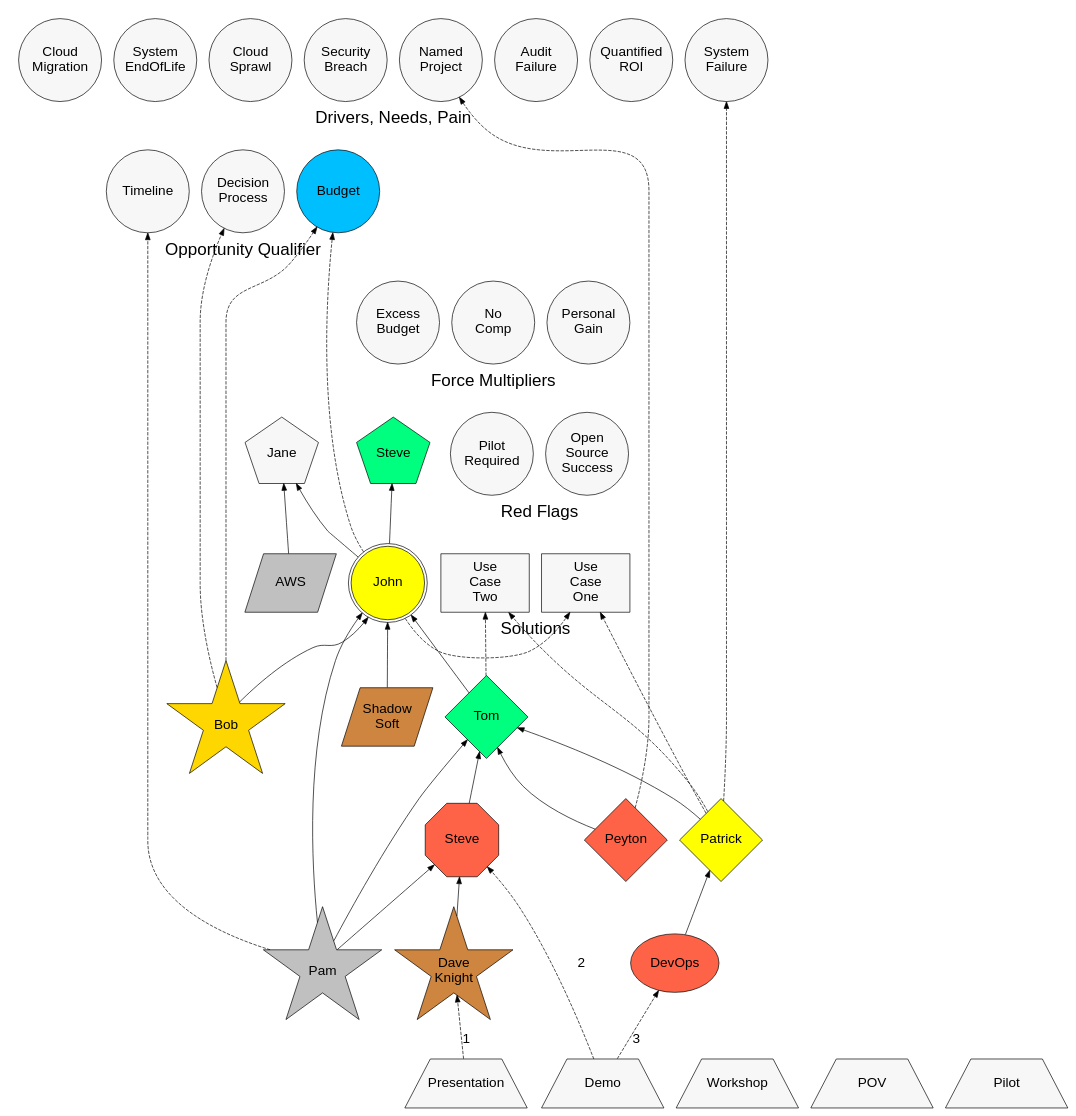
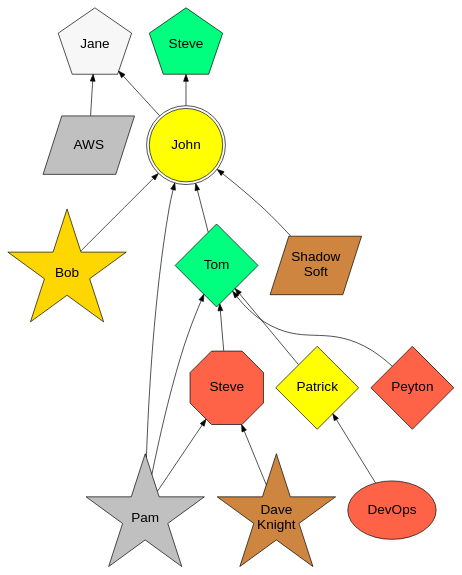
The diagram in example.dot (joshuaNjordan85/SouthStrategicOps), drawn with Graphviz before and after one commit.

Commit message:
This is the organization map only example

```diff
--- a/example.dot
+++ b/example.dot
@@ -137,6 +137,8 @@
 AWS [label="AWS", fillcolor=silver]
 ShadowSoft [label="Shadow\nSoft", fillcolor=peru]
 
+/* 
+
 //
 // Solutions 
 //
@@ -227,6 +229,9 @@
   {rank=same "NamedProject" "AuditFailure" "SystemFailure" "SecurityBreach" "CloudSprawl" "SystemEndOfLife" "CloudMigration"}
 }
 
+*/
+
+/*
 
 //
 // SE Activities 
@@ -244,6 +249,7 @@
   {rank=same Presentation Demo Workshop POV Pilot} 
 }
 
+*/
  
 //
 // Rank Configuration
@@ -253,6 +259,7 @@
 
 edge [style=invis]
 
+/*
 // Rank 1 - Drivers/Needs/Pains
 Budget -> NamedProject
 // Rank 2 - Opportunity Requirements
@@ -262,8 +269,13 @@
 // Rank 4 - Red flags
 UseCase1 -> OSS
 // Rank 5 - Solutions
+*/
+
+/*
 Presentation -> UseCase1
 // Rank N - SE Activities
+*/
+
 
 
 //
@@ -291,6 +303,8 @@
 PamSmith -> SteveSuiter
 PamSmith -> TomBrady
 
+/*
+
 //
 // Intelligence
 //
@@ -309,13 +323,17 @@
 TomBrady -> UseCase2
 PamSmith -> Timeline
 
+*/
+
 //
 // Activity 
 //
 edge [style=dashed]
 
+/*
 Presentation -> DaveKnight [label="1"] 
 Demo -> SteveSuiter [label="2"]
 Demo -> DevOps [label="3"]
+*/
 
 }
```
